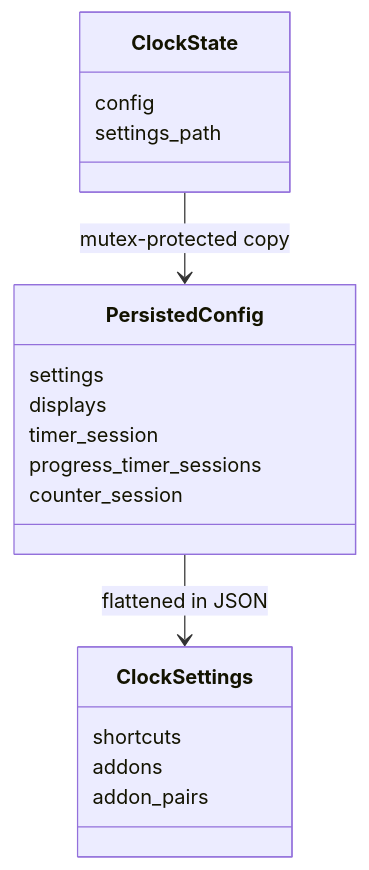
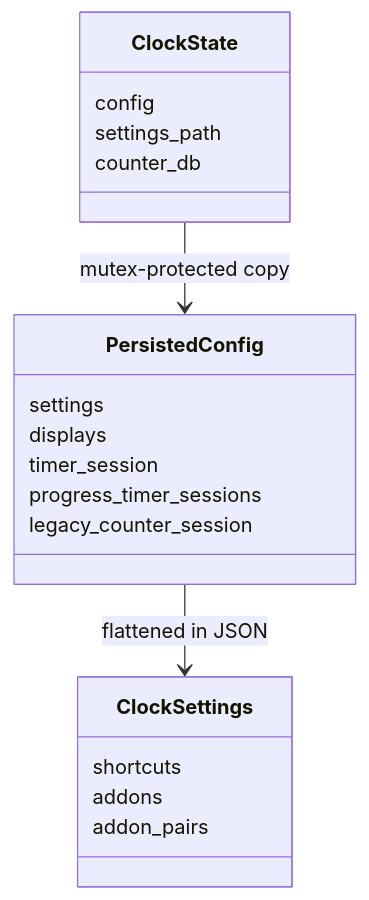
One commit to tbkmax/TopClock changed the first of 2 diagrams in src-tauri/src/config/doc/workflow_diagram.md. Above: the diagram before and after it, drawn with Mermaid. The commit also changed other lines of this file and 55 other files, not shown here.

````diff
--- a/src-tauri/src/config/doc/workflow_diagram.md
+++ b/src-tauri/src/config/doc/workflow_diagram.md
@@ -7,21 +7,22 @@
 ```mermaid
 classDiagram
     class PersistedConfig {
       settings
       displays
       timer_session
       progress_timer_sessions
-      counter_session
+      legacy_counter_session
     }
     class ClockSettings {
       shortcuts
       addons
       addon_pairs
     }
     class ClockState {
       config
       settings_path
+      counter_db
     }
     ClockState --> PersistedConfig : mutex-protected copy
     PersistedConfig --> ClockSettings : flattened in JSON
 ```
````
